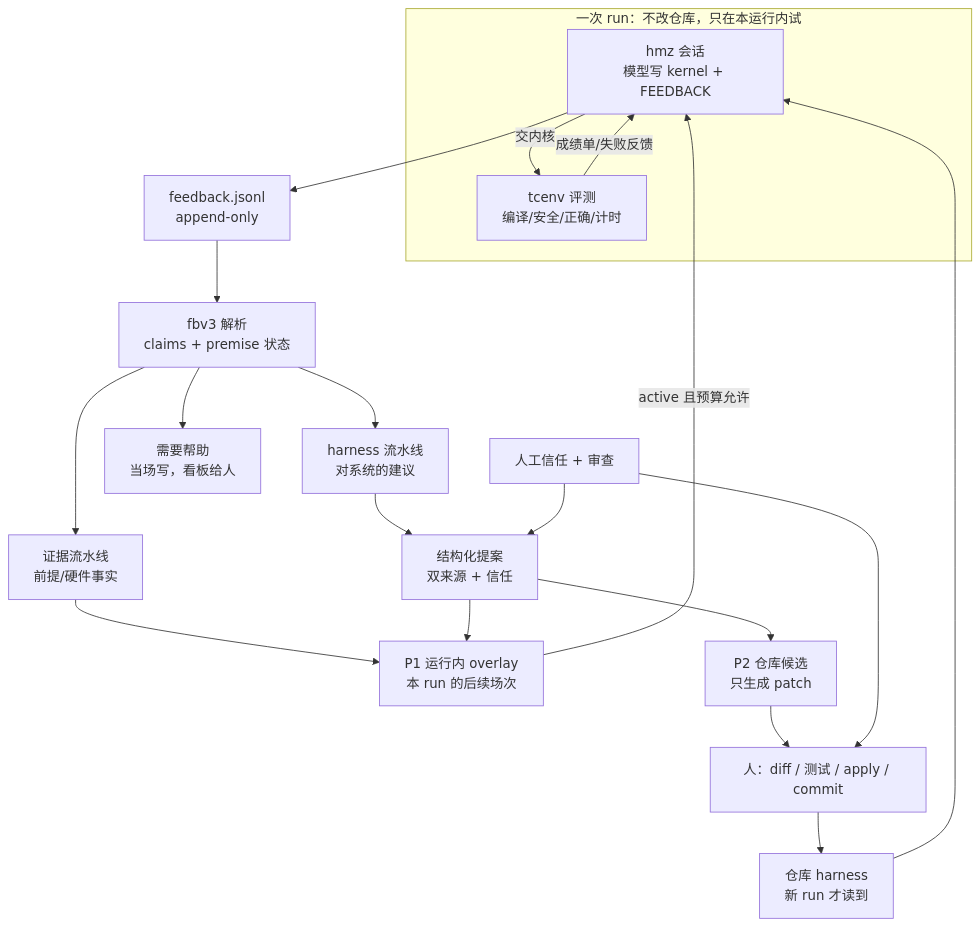
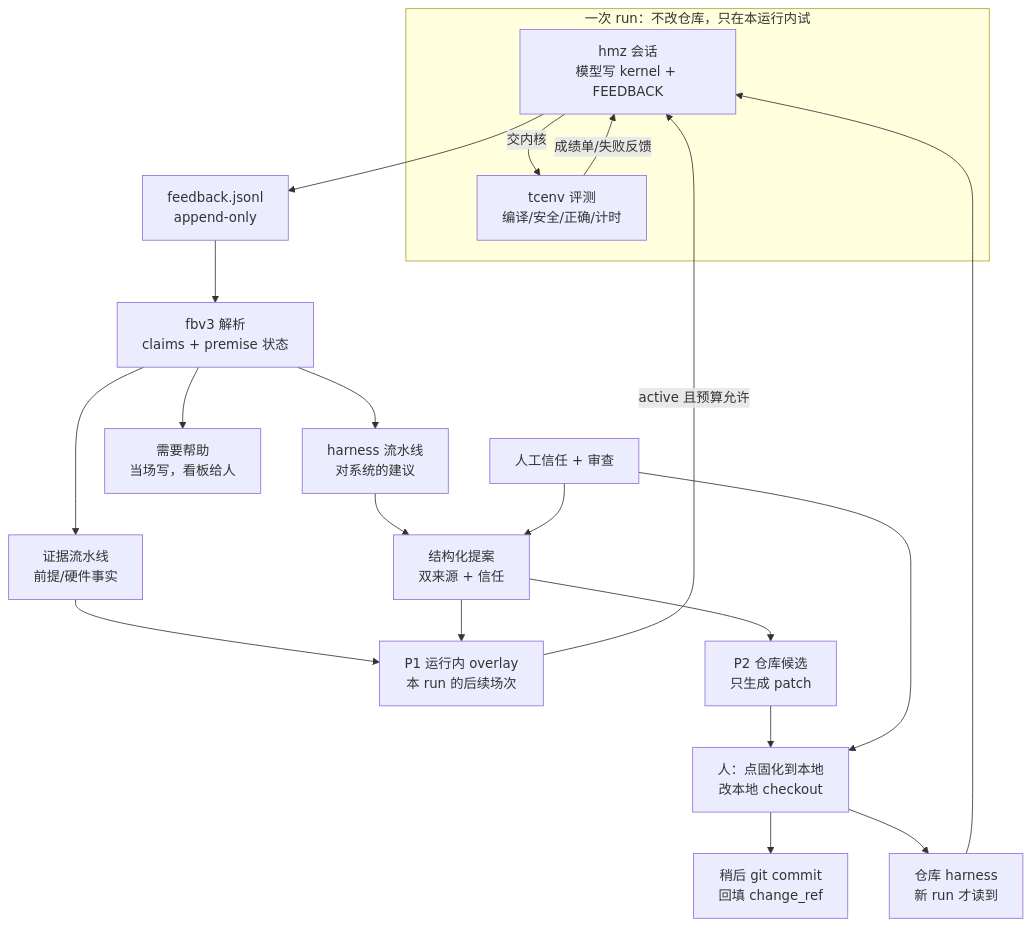
One commit to kuafuwang/ShapeForge changed the first of 7 diagrams in docs/架构/可信harness.md. Above: the diagram before and after it, drawn with Mermaid. The commit also changed other lines of this file and 7 other files, not shown here.

````diff
--- a/docs/架构/可信harness.md
+++ b/docs/架构/可信harness.md
@@ -9,26 +9,27 @@
 ```mermaid
 flowchart TB
   subgraph run["一次 run：不改仓库，只在本运行内试"]
     S["hmz 会话<br/>模型写 kernel + FEEDBACK"]
     E["tcenv 评测<br/>编译/安全/正确/计时"]
     S -->|"交内核"| E
     E -->|"成绩单/失败反馈"| S
   end
   F["feedback.jsonl<br/>append-only"]
   S --> F
   P["fbv3 解析<br/>claims + premise 状态"]
   F --> P
   P --> EV["证据流水线<br/>前提/硬件事实"]
   P --> HP["harness 流水线<br/>对系统的建议"]
   P --> ASK["需要帮助<br/>当场写，看板给人"]
   EV --> O["P1 运行内 overlay<br/>本 run 的后续场次"]
   HP --> Q["结构化提案<br/>双来源 + 信任"]
   Q --> O
   O -->|"active 且预算允许"| S
   Q --> P2["P2 仓库候选<br/>只生成 patch"]
-  P2 --> H["人：diff / 测试 / apply / commit"]
+  P2 --> H["人：点固化到本地<br/>改本地 checkout"]
+  H --> C["稍后 git commit<br/>回填 change_ref"]
   H --> R["仓库 harness<br/>新 run 才读到"]
   R --> S
   T["人工信任 + 审查"] --> Q
   T --> H
 ```
````
